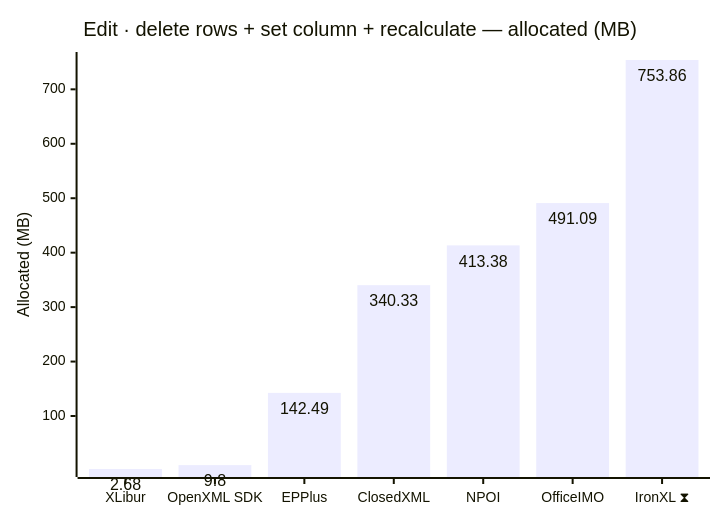
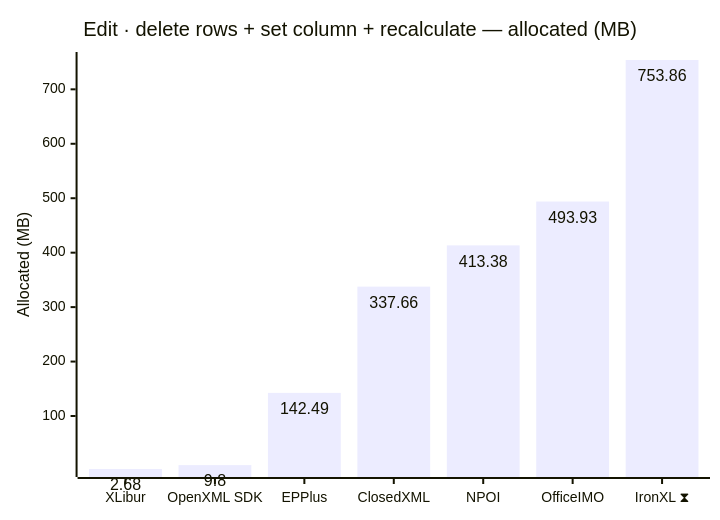
The tenth of 12 diagrams in docs/results-ci.md (jafin/XLBench), drawn with Mermaid before and after one commit. The commit also changed other lines of this file, not shown here.

````diff
--- a/docs/results-ci.md
+++ b/docs/results-ci.md
@@ -160,12 +160,12 @@
 ```mermaid
 ---
 config:
   xyChart:
     showDataLabel: true
 ---
 xychart-beta
     title "Edit · delete rows + set column + recalculate — allocated (MB)"
     x-axis ["XLibur", "OpenXML SDK", "EPPlus", "ClosedXML", "NPOI", "OfficeIMO", "IronXL ⧗"]
     y-axis "Allocated (MB)"
-    bar [2.68, 9.8, 142.49, 340.33, 413.38, 491.09, 753.86]
+    bar [2.68, 9.8, 142.49, 337.66, 413.38, 493.93, 753.86]
 ```
````
